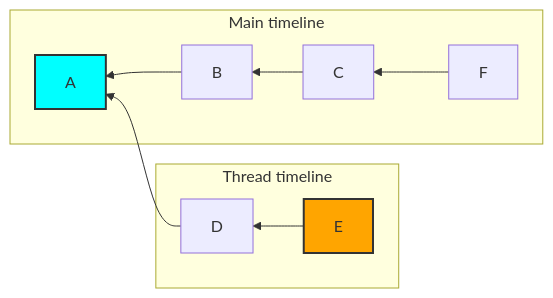
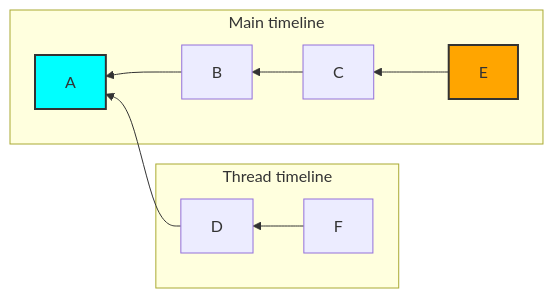
The second of 2 diagrams in proposals/3773-notifications-for-threads.md (matrix-org/matrix-spec-proposals), drawn with Mermaid before and after one commit. The commit also changed other lines of this file, not shown here.

Commit message:
Fix events in diagram.

````diff
--- a/proposals/3773-notifications-for-threads.md
+++ b/proposals/3773-notifications-for-threads.md
@@ -13,15 +27,15 @@
 ```mermaid
 flowchart RL
     subgraph Main timeline
     C-->B
     B-->A
-    F-->C
+    E-->C
     end
     subgraph Thread timeline
     D-->A
-    E-->D
+    F-->D
     end
 
     style A fill:cyan,stroke:#333,stroke-width:2px
     style E fill:orange,stroke:#333,stroke-width:2px
 ```
````
